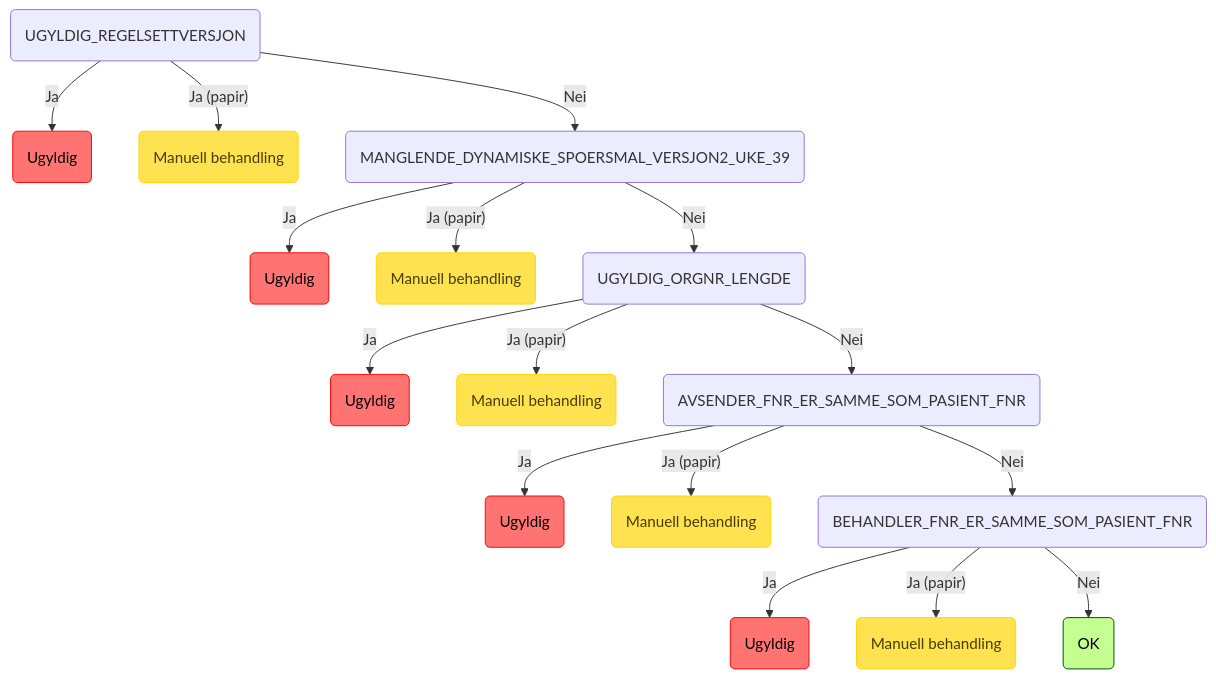
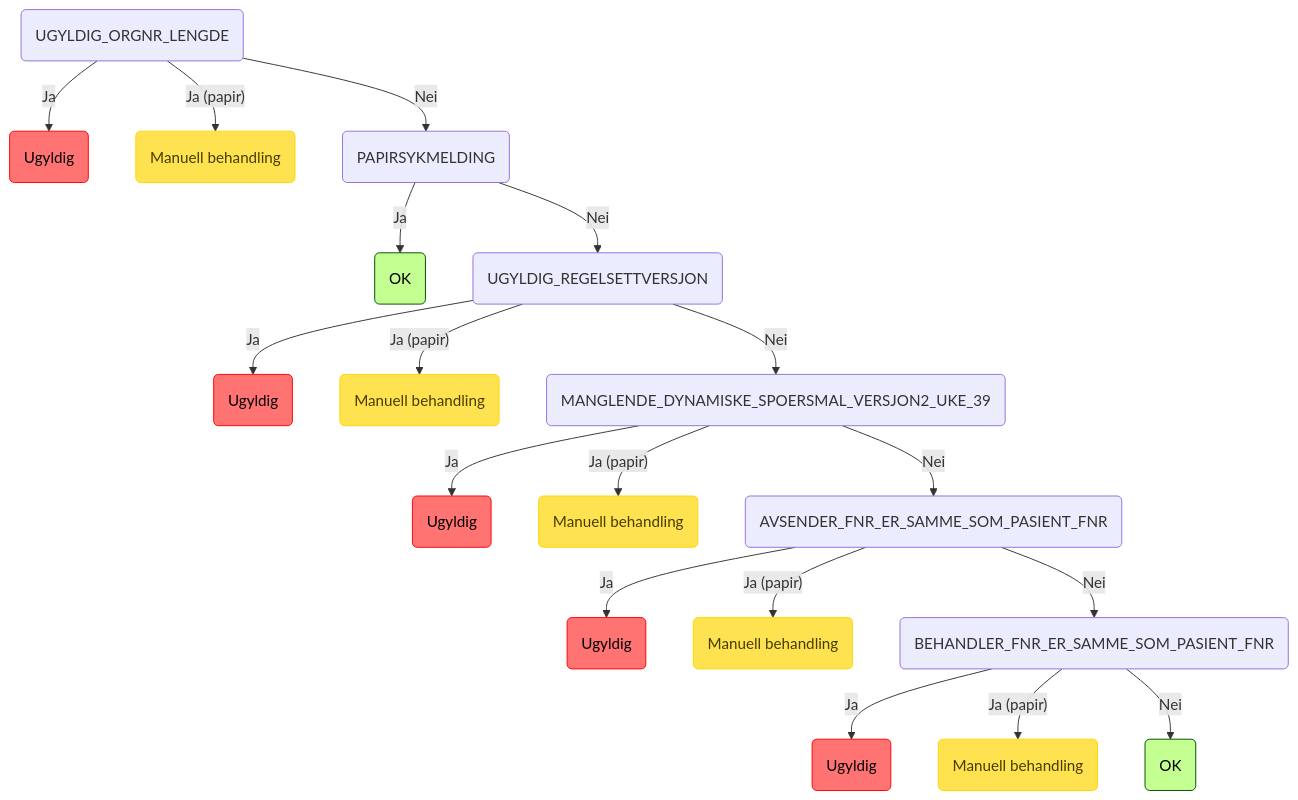
One commit to navikt/regulus-regula changed the second of 8 diagrams in README.md. Above: the diagram before and after it, drawn with Mermaid. The commit also changed 8 other files, not shown here.

````diff
--- a/README.md
+++ b/README.md
@@ -32,21 +32,23 @@
 ```mermaid
 graph TD
-    root(UGYLDIG_REGELSETTVERSJON) -->|Ja| root_UGYLDIG_REGELSETTVERSJON_INVALID(Ugyldig):::invalid
-    root(UGYLDIG_REGELSETTVERSJON) -->|"Ja (papir)"| root_UGYLDIG_REGELSETTVERSJON_INVALID_papir(Manuell behandling):::manuell
-    root(UGYLDIG_REGELSETTVERSJON) -->|Nei| root_UGYLDIG_REGELSETTVERSJON_MANGLENDE_DYNAMISKE_SPOERSMAL_VERSJON2_UKE_39(MANGLENDE_DYNAMISKE_SPOERSMAL_VERSJON2_UKE_39)
-    root_UGYLDIG_REGELSETTVERSJON_MANGLENDE_DYNAMISKE_SPOERSMAL_VERSJON2_UKE_39(MANGLENDE_DYNAMISKE_SPOERSMAL_VERSJON2_UKE_39) -->|Ja| root_UGYLDIG_REGELSETTVERSJON_MANGLENDE_DYNAMISKE_SPOERSMAL_VERSJON2_UKE_39_INVALID(Ugyldig):::invalid
-    root_UGYLDIG_REGELSETTVERSJON_MANGLENDE_DYNAMISKE_SPOERSMAL_VERSJON2_UKE_39(MANGLENDE_DYNAMISKE_SPOERSMAL_VERSJON2_UKE_39) -->|"Ja (papir)"| root_UGYLDIG_REGELSETTVERSJON_MANGLENDE_DYNAMISKE_SPOERSMAL_VERSJON2_UKE_39_INVALID_papir(Manuell behandling):::manuell
-    root_UGYLDIG_REGELSETTVERSJON_MANGLENDE_DYNAMISKE_SPOERSMAL_VERSJON2_UKE_39(MANGLENDE_DYNAMISKE_SPOERSMAL_VERSJON2_UKE_39) -->|Nei| root_UGYLDIG_REGELSETTVERSJON_MANGLENDE_DYNAMISKE_SPOERSMAL_VERSJON2_UKE_39_UGYLDIG_ORGNR_LENGDE(UGYLDIG_ORGNR_LENGDE)
-    root_UGYLDIG_REGELSETTVERSJON_MANGLENDE_DYNAMISKE_SPOERSMAL_VERSJON2_UKE_39_UGYLDIG_ORGNR_LENGDE(UGYLDIG_ORGNR_LENGDE) -->|Ja| root_UGYLDIG_REGELSETTVERSJON_MANGLENDE_DYNAMISKE_SPOERSMAL_VERSJON2_UKE_39_UGYLDIG_ORGNR_LENGDE_INVALID(Ugyldig):::invalid
-    root_UGYLDIG_REGELSETTVERSJON_MANGLENDE_DYNAMISKE_SPOERSMAL_VERSJON2_UKE_39_UGYLDIG_ORGNR_LENGDE(UGYLDIG_ORGNR_LENGDE) -->|"Ja (papir)"| root_UGYLDIG_REGELSETTVERSJON_MANGLENDE_DYNAMISKE_SPOERSMAL_VERSJON2_UKE_39_UGYLDIG_ORGNR_LENGDE_INVALID_papir(Manuell behandling):::manuell
-    root_UGYLDIG_REGELSETTVERSJON_MANGLENDE_DYNAMISKE_SPOERSMAL_VERSJON2_UKE_39_UGYLDIG_ORGNR_LENGDE(UGYLDIG_ORGNR_LENGDE) -->|Nei| root_UGYLDIG_REGELSETTVERSJON_MANGLENDE_DYNAMISKE_SPOERSMAL_VERSJON2_UKE_39_UGYLDIG_ORGNR_LENGDE_AVSENDER_FNR_ER_SAMME_SOM_PASIENT_FNR(AVSENDER_FNR_ER_SAMME_SOM_PASIENT_FNR)
-    root_UGYLDIG_REGELSETTVERSJON_MANGLENDE_DYNAMISKE_SPOERSMAL_VERSJON2_UKE_39_UGYLDIG_ORGNR_LENGDE_AVSENDER_FNR_ER_SAMME_SOM_PASIENT_FNR(AVSENDER_FNR_ER_SAMME_SOM_PASIENT_FNR) -->|Ja| root_UGYLDIG_REGELSETTVERSJON_MANGLENDE_DYNAMISKE_SPOERSMAL_VERSJON2_UKE_39_UGYLDIG_ORGNR_LENGDE_AVSENDER_FNR_ER_SAMME_SOM_PASIENT_FNR_INVALID(Ugyldig):::invalid
-    root_UGYLDIG_REGELSETTVERSJON_MANGLENDE_DYNAMISKE_SPOERSMAL_VERSJON2_UKE_39_UGYLDIG_ORGNR_LENGDE_AVSENDER_FNR_ER_SAMME_SOM_PASIENT_FNR(AVSENDER_FNR_ER_SAMME_SOM_PASIENT_FNR) -->|"Ja (papir)"| root_UGYLDIG_REGELSETTVERSJON_MANGLENDE_DYNAMISKE_SPOERSMAL_VERSJON2_UKE_39_UGYLDIG_ORGNR_LENGDE_AVSENDER_FNR_ER_SAMME_SOM_PASIENT_FNR_INVALID_papir(Manuell behandling):::manuell
-    root_UGYLDIG_REGELSETTVERSJON_MANGLENDE_DYNAMISKE_SPOERSMAL_VERSJON2_UKE_39_UGYLDIG_ORGNR_LENGDE_AVSENDER_FNR_ER_SAMME_SOM_PASIENT_FNR(AVSENDER_FNR_ER_SAMME_SOM_PASIENT_FNR) -->|Nei| root_UGYLDIG_REGELSETTVERSJON_MANGLENDE_DYNAMISKE_SPOERSMAL_VERSJON2_UKE_39_UGYLDIG_ORGNR_LENGDE_AVSENDER_FNR_ER_SAMME_SOM_PASIENT_FNR_BEHANDLER_FNR_ER_SAMME_SOM_PASIENT_FNR(BEHANDLER_FNR_ER_SAMME_SOM_PASIENT_FNR)
-    root_UGYLDIG_REGELSETTVERSJON_MANGLENDE_DYNAMISKE_SPOERSMAL_VERSJON2_UKE_39_UGYLDIG_ORGNR_LENGDE_AVSENDER_FNR_ER_SAMME_SOM_PASIENT_FNR_BEHANDLER_FNR_ER_SAMME_SOM_PASIENT_FNR(BEHANDLER_FNR_ER_SAMME_SOM_PASIENT_FNR) -->|Ja| root_UGYLDIG_REGELSETTVERSJON_MANGLENDE_DYNAMISKE_SPOERSMAL_VERSJON2_UKE_39_UGYLDIG_ORGNR_LENGDE_AVSENDER_FNR_ER_SAMME_SOM_PASIENT_FNR_BEHANDLER_FNR_ER_SAMME_SOM_PASIENT_FNR_INVALID(Ugyldig):::invalid
-    root_UGYLDIG_REGELSETTVERSJON_MANGLENDE_DYNAMISKE_SPOERSMAL_VERSJON2_UKE_39_UGYLDIG_ORGNR_LENGDE_AVSENDER_FNR_ER_SAMME_SOM_PASIENT_FNR_BEHANDLER_FNR_ER_SAMME_SOM_PASIENT_FNR(BEHANDLER_FNR_ER_SAMME_SOM_PASIENT_FNR) -->|"Ja (papir)"| root_UGYLDIG_REGELSETTVERSJON_MANGLENDE_DYNAMISKE_SPOERSMAL_VERSJON2_UKE_39_UGYLDIG_ORGNR_LENGDE_AVSENDER_FNR_ER_SAMME_SOM_PASIENT_FNR_BEHANDLER_FNR_ER_SAMME_SOM_PASIENT_FNR_INVALID_papir(Manuell behandling):::manuell
-    root_UGYLDIG_REGELSETTVERSJON_MANGLENDE_DYNAMISKE_SPOERSMAL_VERSJON2_UKE_39_UGYLDIG_ORGNR_LENGDE_AVSENDER_FNR_ER_SAMME_SOM_PASIENT_FNR_BEHANDLER_FNR_ER_SAMME_SOM_PASIENT_FNR(BEHANDLER_FNR_ER_SAMME_SOM_PASIENT_FNR) -->|Nei| root_UGYLDIG_REGELSETTVERSJON_MANGLENDE_DYNAMISKE_SPOERSMAL_VERSJON2_UKE_39_UGYLDIG_ORGNR_LENGDE_AVSENDER_FNR_ER_SAMME_SOM_PASIENT_FNR_BEHANDLER_FNR_ER_SAMME_SOM_PASIENT_FNR_OK(OK):::ok
+    root(UGYLDIG_ORGNR_LENGDE) -->|Ja| root_UGYLDIG_ORGNR_LENGDE_INVALID(Ugyldig):::invalid
+    root(UGYLDIG_ORGNR_LENGDE) -->|"Ja (papir)"| root_UGYLDIG_ORGNR_LENGDE_INVALID_papir(Manuell behandling):::manuell
+    root(UGYLDIG_ORGNR_LENGDE) -->|Nei| root_UGYLDIG_ORGNR_LENGDE_PAPIRSYKMELDING(PAPIRSYKMELDING)
+    root_UGYLDIG_ORGNR_LENGDE_PAPIRSYKMELDING(PAPIRSYKMELDING) -->|Ja| root_UGYLDIG_ORGNR_LENGDE_PAPIRSYKMELDING_OK(OK):::ok
+    root_UGYLDIG_ORGNR_LENGDE_PAPIRSYKMELDING(PAPIRSYKMELDING) -->|Nei| root_UGYLDIG_ORGNR_LENGDE_PAPIRSYKMELDING_UGYLDIG_REGELSETTVERSJON(UGYLDIG_REGELSETTVERSJON)
+    root_UGYLDIG_ORGNR_LENGDE_PAPIRSYKMELDING_UGYLDIG_REGELSETTVERSJON(UGYLDIG_REGELSETTVERSJON) -->|Ja| root_UGYLDIG_ORGNR_LENGDE_PAPIRSYKMELDING_UGYLDIG_REGELSETTVERSJON_INVALID(Ugyldig):::invalid
+    root_UGYLDIG_ORGNR_LENGDE_PAPIRSYKMELDING_UGYLDIG_REGELSETTVERSJON(UGYLDIG_REGELSETTVERSJON) -->|"Ja (papir)"| root_UGYLDIG_ORGNR_LENGDE_PAPIRSYKMELDING_UGYLDIG_REGELSETTVERSJON_INVALID_papir(Manuell behandling):::manuell
+    root_UGYLDIG_ORGNR_LENGDE_PAPIRSYKMELDING_UGYLDIG_REGELSETTVERSJON(UGYLDIG_REGELSETTVERSJON) -->|Nei| root_UGYLDIG_ORGNR_LENGDE_PAPIRSYKMELDING_UGYLDIG_REGELSETTVERSJON_MANGLENDE_DYNAMISKE_SPOERSMAL_VERSJON2_UKE_39(MANGLENDE_DYNAMISKE_SPOERSMAL_VERSJON2_UKE_39)
+    root_UGYLDIG_ORGNR_LENGDE_PAPIRSYKMELDING_UGYLDIG_REGELSETTVERSJON_MANGLENDE_DYNAMISKE_SPOERSMAL_VERSJON2_UKE_39(MANGLENDE_DYNAMISKE_SPOERSMAL_VERSJON2_UKE_39) -->|Ja| root_UGYLDIG_ORGNR_LENGDE_PAPIRSYKMELDING_UGYLDIG_REGELSETTVERSJON_MANGLENDE_DYNAMISKE_SPOERSMAL_VERSJON2_UKE_39_INVALID(Ugyldig):::invalid
+    root_UGYLDIG_ORGNR_LENGDE_PAPIRSYKMELDING_UGYLDIG_REGELSETTVERSJON_MANGLENDE_DYNAMISKE_SPOERSMAL_VERSJON2_UKE_39(MANGLENDE_DYNAMISKE_SPOERSMAL_VERSJON2_UKE_39) -->|"Ja (papir)"| root_UGYLDIG_ORGNR_LENGDE_PAPIRSYKMELDING_UGYLDIG_REGELSETTVERSJON_MANGLENDE_DYNAMISKE_SPOERSMAL_VERSJON2_UKE_39_INVALID_papir(Manuell behandling):::manuell
+    root_UGYLDIG_ORGNR_LENGDE_PAPIRSYKMELDING_UGYLDIG_REGELSETTVERSJON_MANGLENDE_DYNAMISKE_SPOERSMAL_VERSJON2_UKE_39(MANGLENDE_DYNAMISKE_SPOERSMAL_VERSJON2_UKE_39) -->|Nei| root_UGYLDIG_ORGNR_LENGDE_PAPIRSYKMELDING_UGYLDIG_REGELSETTVERSJON_MANGLENDE_DYNAMISKE_SPOERSMAL_VERSJON2_UKE_39_AVSENDER_FNR_ER_SAMME_SOM_PASIENT_FNR(AVSENDER_FNR_ER_SAMME_SOM_PASIENT_FNR)
+    root_UGYLDIG_ORGNR_LENGDE_PAPIRSYKMELDING_UGYLDIG_REGELSETTVERSJON_MANGLENDE_DYNAMISKE_SPOERSMAL_VERSJON2_UKE_39_AVSENDER_FNR_ER_SAMME_SOM_PASIENT_FNR(AVSENDER_FNR_ER_SAMME_SOM_PASIENT_FNR) -->|Ja| root_UGYLDIG_ORGNR_LENGDE_PAPIRSYKMELDING_UGYLDIG_REGELSETTVERSJON_MANGLENDE_DYNAMISKE_SPOERSMAL_VERSJON2_UKE_39_AVSENDER_FNR_ER_SAMME_SOM_PASIENT_FNR_INVALID(Ugyldig):::invalid
+    root_UGYLDIG_ORGNR_LENGDE_PAPIRSYKMELDING_UGYLDIG_REGELSETTVERSJON_MANGLENDE_DYNAMISKE_SPOERSMAL_VERSJON2_UKE_39_AVSENDER_FNR_ER_SAMME_SOM_PASIENT_FNR(AVSENDER_FNR_ER_SAMME_SOM_PASIENT_FNR) -->|"Ja (papir)"| root_UGYLDIG_ORGNR_LENGDE_PAPIRSYKMELDING_UGYLDIG_REGELSETTVERSJON_MANGLENDE_DYNAMISKE_SPOERSMAL_VERSJON2_UKE_39_AVSENDER_FNR_ER_SAMME_SOM_PASIENT_FNR_INVALID_papir(Manuell behandling):::manuell
+    root_UGYLDIG_ORGNR_LENGDE_PAPIRSYKMELDING_UGYLDIG_REGELSETTVERSJON_MANGLENDE_DYNAMISKE_SPOERSMAL_VERSJON2_UKE_39_AVSENDER_FNR_ER_SAMME_SOM_PASIENT_FNR(AVSENDER_FNR_ER_SAMME_SOM_PASIENT_FNR) -->|Nei| root_UGYLDIG_ORGNR_LENGDE_PAPIRSYKMELDING_UGYLDIG_REGELSETTVERSJON_MANGLENDE_DYNAMISKE_SPOERSMAL_VERSJON2_UKE_39_AVSENDER_FNR_ER_SAMME_SOM_PASIENT_FNR_BEHANDLER_FNR_ER_SAMME_SOM_PASIENT_FNR(BEHANDLER_FNR_ER_SAMME_SOM_PASIENT_FNR)
+    root_UGYLDIG_ORGNR_LENGDE_PAPIRSYKMELDING_UGYLDIG_REGELSETTVERSJON_MANGLENDE_DYNAMISKE_SPOERSMAL_VERSJON2_UKE_39_AVSENDER_FNR_ER_SAMME_SOM_PASIENT_FNR_BEHANDLER_FNR_ER_SAMME_SOM_PASIENT_FNR(BEHANDLER_FNR_ER_SAMME_SOM_PASIENT_FNR) -->|Ja| root_UGYLDIG_ORGNR_LENGDE_PAPIRSYKMELDING_UGYLDIG_REGELSETTVERSJON_MANGLENDE_DYNAMISKE_SPOERSMAL_VERSJON2_UKE_39_AVSENDER_FNR_ER_SAMME_SOM_PASIENT_FNR_BEHANDLER_FNR_ER_SAMME_SOM_PASIENT_FNR_INVALID(Ugyldig):::invalid
+    root_UGYLDIG_ORGNR_LENGDE_PAPIRSYKMELDING_UGYLDIG_REGELSETTVERSJON_MANGLENDE_DYNAMISKE_SPOERSMAL_VERSJON2_UKE_39_AVSENDER_FNR_ER_SAMME_SOM_PASIENT_FNR_BEHANDLER_FNR_ER_SAMME_SOM_PASIENT_FNR(BEHANDLER_FNR_ER_SAMME_SOM_PASIENT_FNR) -->|"Ja (papir)"| root_UGYLDIG_ORGNR_LENGDE_PAPIRSYKMELDING_UGYLDIG_REGELSETTVERSJON_MANGLENDE_DYNAMISKE_SPOERSMAL_VERSJON2_UKE_39_AVSENDER_FNR_ER_SAMME_SOM_PASIENT_FNR_BEHANDLER_FNR_ER_SAMME_SOM_PASIENT_FNR_INVALID_papir(Manuell behandling):::manuell
+    root_UGYLDIG_ORGNR_LENGDE_PAPIRSYKMELDING_UGYLDIG_REGELSETTVERSJON_MANGLENDE_DYNAMISKE_SPOERSMAL_VERSJON2_UKE_39_AVSENDER_FNR_ER_SAMME_SOM_PASIENT_FNR_BEHANDLER_FNR_ER_SAMME_SOM_PASIENT_FNR(BEHANDLER_FNR_ER_SAMME_SOM_PASIENT_FNR) -->|Nei| root_UGYLDIG_ORGNR_LENGDE_PAPIRSYKMELDING_UGYLDIG_REGELSETTVERSJON_MANGLENDE_DYNAMISKE_SPOERSMAL_VERSJON2_UKE_39_AVSENDER_FNR_ER_SAMME_SOM_PASIENT_FNR_BEHANDLER_FNR_ER_SAMME_SOM_PASIENT_FNR_OK(OK):::ok
     classDef ok fill:#c3ff91,stroke:#004a00,color: black;
     classDef invalid fill:#ff7373,stroke:#ff0000,color: black;
     classDef manuell fill:#ffe24f,stroke:#ffd500,color: #473c00;
 ```
````
